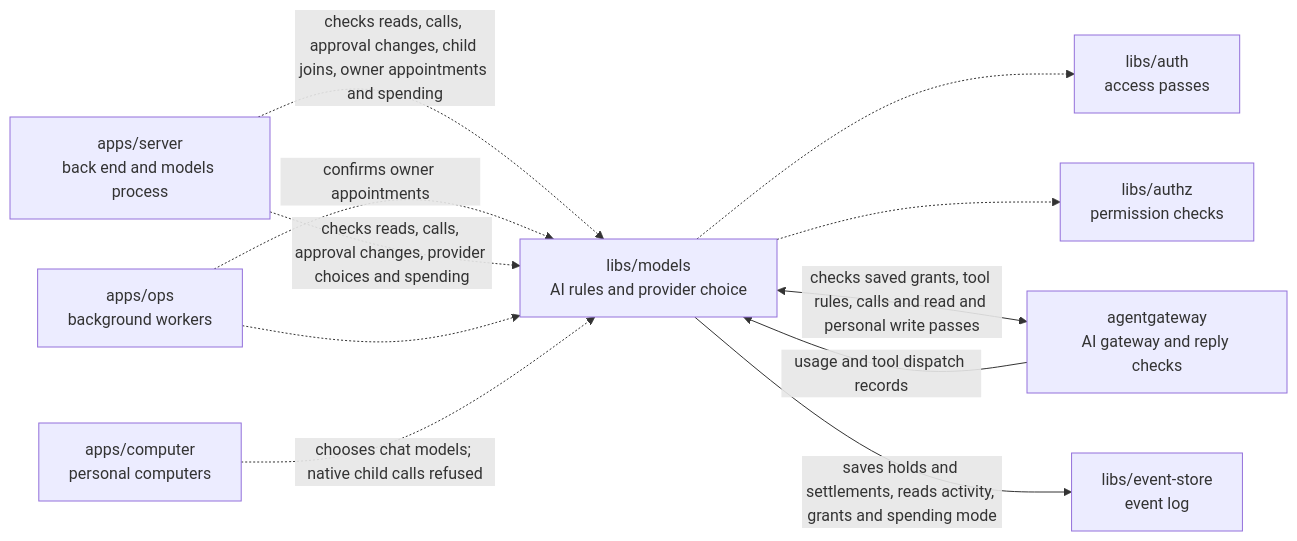
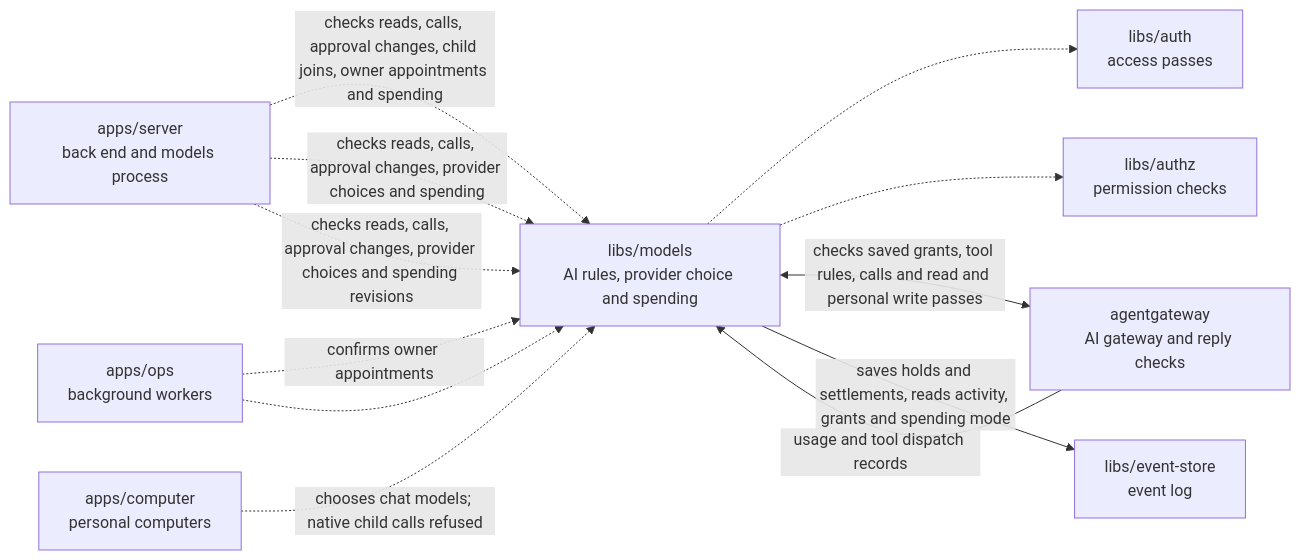
The diagram in libs/models/README.md (elewa-git/opencrane-new), drawn with Mermaid before and after one commit. The commit also changed other lines of this file and 3 other files, not shown here.

Commit message:
🔧 Keep spending-limit revisions valid after switch-on

````diff
--- a/libs/models/README.md
+++ b/libs/models/README.md
@@ -11,13 +11,14 @@
 ```mermaid
 flowchart LR
   server["apps/server<br/>back end and models process"] -.->|checks reads, calls, approval changes, child joins, owner appointments and spending| models["libs/models<br/>AI rules and spending"]
   ops["apps/ops<br/>background workers"] -.->|confirms owner appointments| models
   server["apps/server<br/>back end and models process"] -.->|checks reads, calls, approval changes, provider choices and spending| models["libs/models<br/>AI rules and provider choice"]
+  server["apps/server<br/>back end and models process"] -.->|checks reads, calls, approval changes, provider choices and spending revisions| models["libs/models<br/>AI rules, provider choice and spending"]
   ops["apps/ops<br/>background workers"] -.-> models
   computer["apps/computer<br/>personal computers"] -.->|chooses chat models; native child calls refused| models
   models -.-> auth["libs/auth<br/>access passes"]
   models -.-> authz["libs/authz<br/>permission checks"]
   models <-->|checks saved grants, tool rules, calls and read and personal write passes| gateway["agentgateway<br/>AI gateway and reply checks"]
   gateway -->|usage and tool dispatch records| models
   models -->|saves holds and settlements, reads activity, grants and spending mode| store["libs/event-store<br/>event log"]
 ```
````
